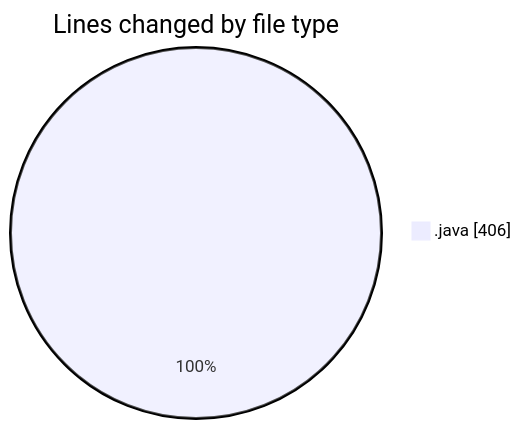
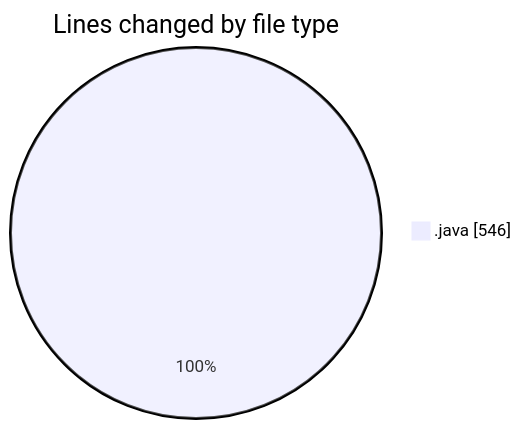
Before and after one commit to ricardozamudiocil/code-tracking: the first of 2 diagrams in 2026-04-09/cilapp/README.md, drawn with Mermaid. The commit also changed other lines of this file and 1 other file, not shown here.

````diff
--- a/2026-04-09/cilapp/README.md
+++ b/2026-04-09/cilapp/README.md
@@ -22,5 +23,5 @@
 ```mermaid
 pie showData
 title Lines changed by file type
-".java" : 406
+".java" : 546
 ```
````
